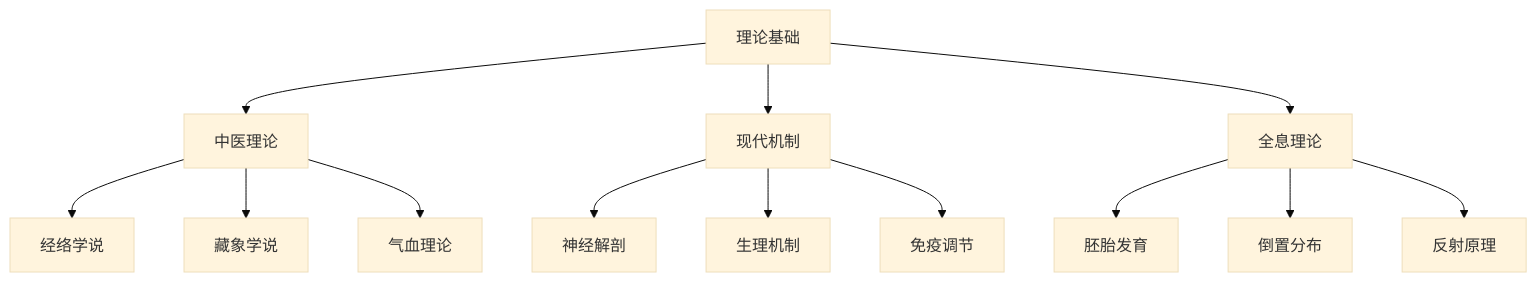
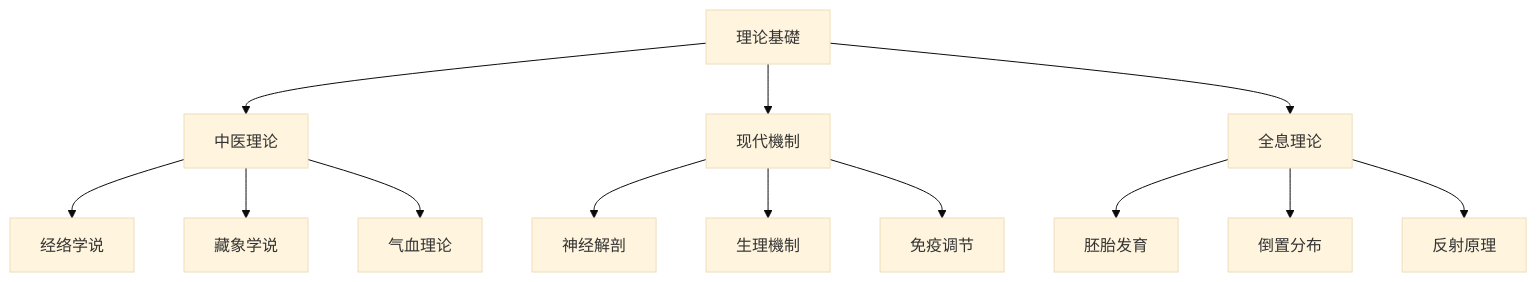
One commit to kmjade/knowledge-value changed the second of 6 diagrams in 3 Resources/01-Tech/🏥 专业知识/耳穴知识库/耳穴知识库-优化版.md. Above: the diagram before and after it, drawn with Mermaid (base theme). The commit also changed other lines of this file and 653 other files, not shown here.

````diff
--- a/3 Resources/01-Tech/🏥 专业知识/耳穴知识库/耳穴知识库-优化版.md
+++ b/3 Resources/01-Tech/🏥 专业知识/耳穴知识库/耳穴知识库-优化版.md
@@ -142,18 +142,18 @@
 ```mermaid
 graph TD
-    A[理论基础] --> B[中医理论]
-    A --> C[现代机制]
+    A[理论基礎] --> B[中医理论]
+    A --> C[现代機制]
     A --> D[全息理论]
     
     B --> B1[经络学说]
     B --> B2[藏象学说]
     B --> B3[气血理论]
     
     C --> C1[神经解剖]
-    C --> C2[生理机制]
+    C --> C2[生理機制]
     C --> C3[免疫调节]
     
     D --> D1[胚胎发育]
     D --> D2[倒置分布]
     D --> D3[反射原理]
 ```
````
